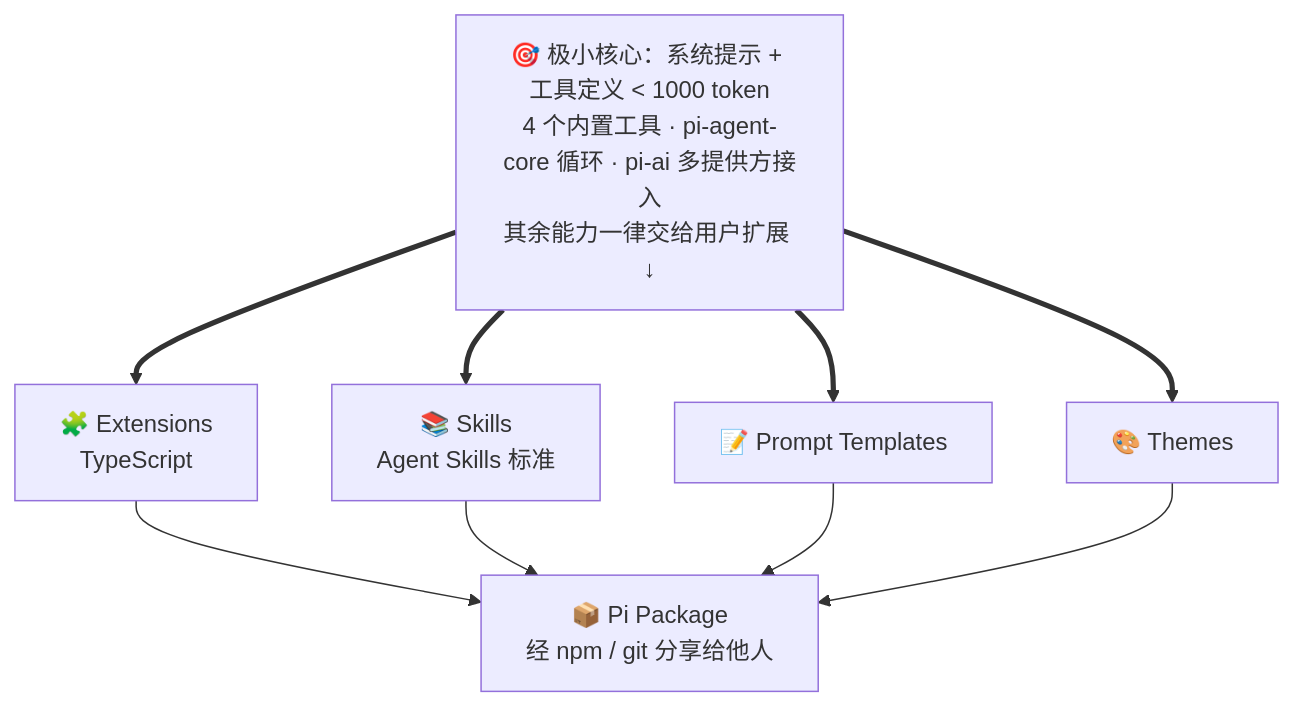
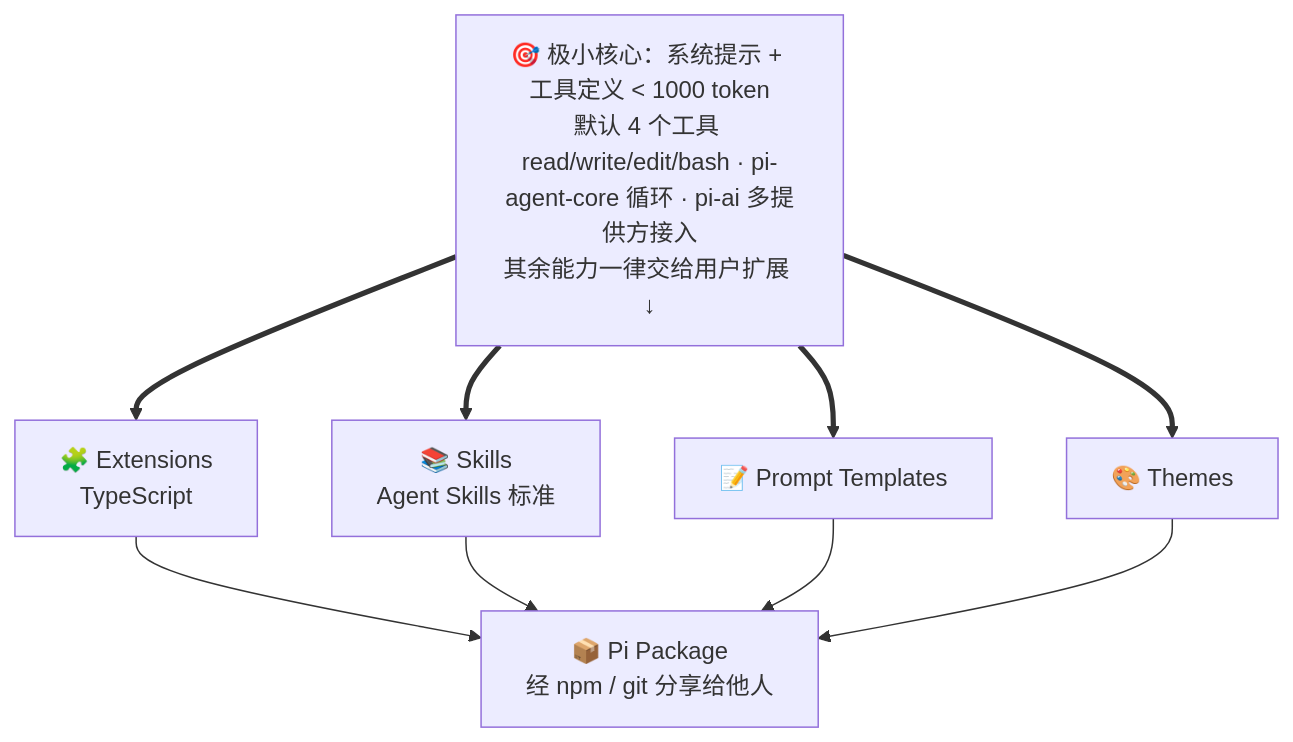
Before and after one commit to TingdeLiu/tingdeliu.github.io: diagram 25 of 25 in _posts/research/2026-03-05-AI-Agent-Survey.md, drawn with Mermaid. The commit also changed other lines of this file, not shown here.

First line of the commit message:
refactor(ai-agent-survey): 11.10 更名为 Pi Agent 并补足到常规篇幅

````diff
--- a/_posts/research/2026-03-05-AI-Agent-Survey.md
+++ b/_posts/research/2026-03-05-AI-Agent-Survey.md
@@ -1926,10 +1953,10 @@
 ```mermaid
 flowchart TB
-    CORE["🎯 极小核心：系统提示 + 工具定义 < 1000 token\n4 个内置工具 · pi-agent-core 循环 · pi-ai 多提供方接入\n其余能力一律交给用户扩展 ↓"]
+    CORE["🎯 极小核心：系统提示 + 工具定义 < 1000 token\n默认 4 个工具 read/write/edit/bash · pi-agent-core 循环 · pi-ai 多提供方接入\n其余能力一律交给用户扩展 ↓"]
     CORE ==> E1 & E2 & E3 & E4
     E1["🧩 Extensions\nTypeScript"] --> PKG
     E2["📚 Skills\nAgent Skills 标准"] --> PKG
     E3["📝 Prompt Templates"] --> PKG
     E4["🎨 Themes"] --> PKG
     PKG["📦 Pi Package\n经 npm / git 分享给他人"]
 ```
````
